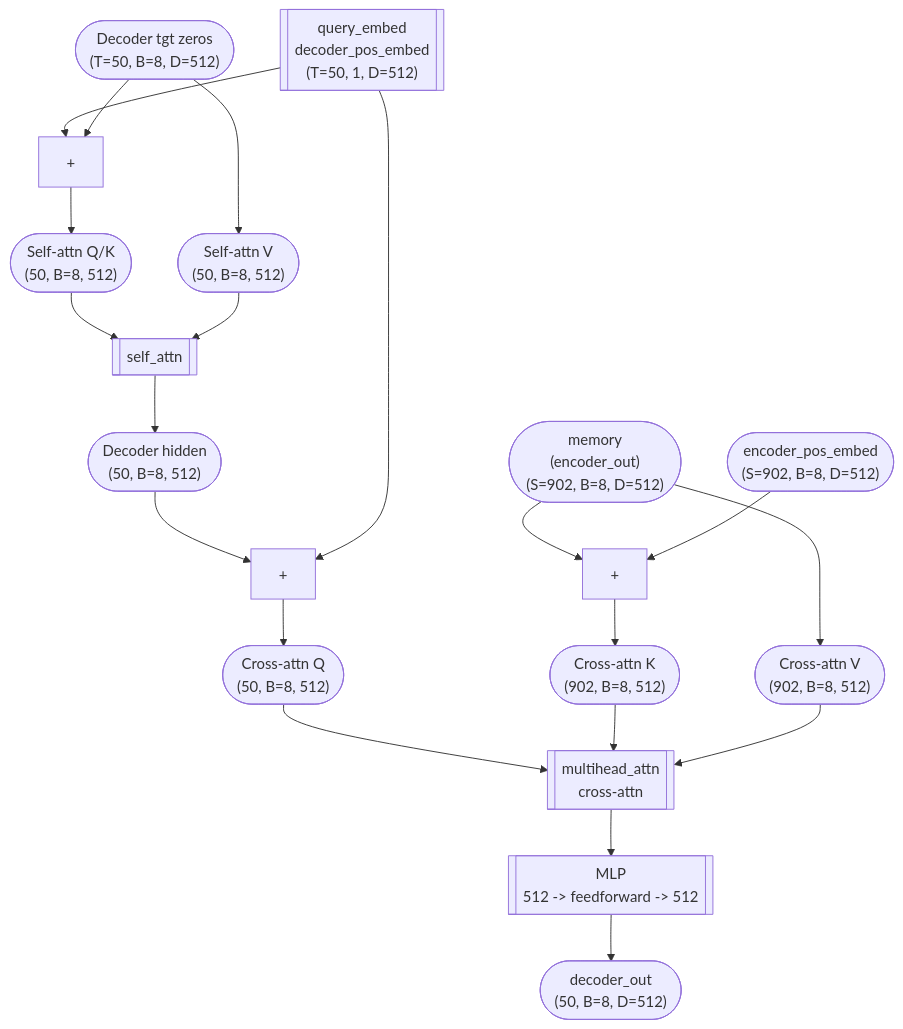
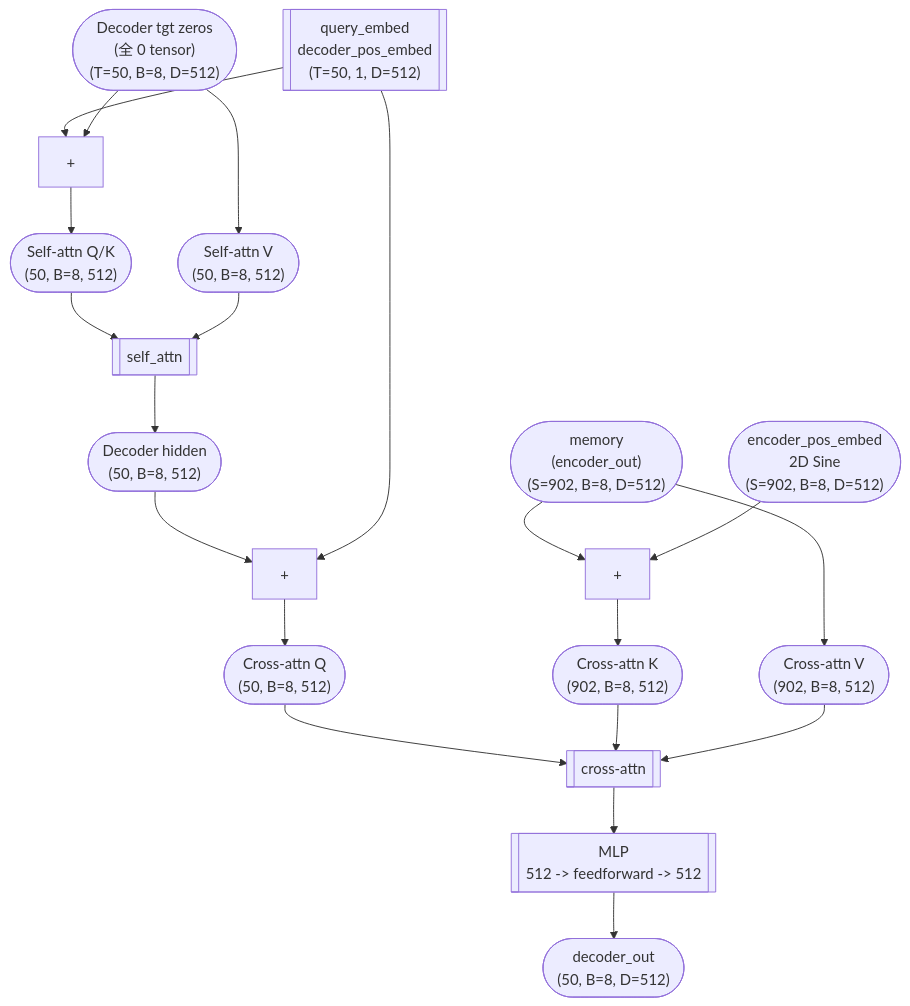
The third of 3 diagrams in 25/01/act.md (julyfun/how-to), drawn with Mermaid before and after one commit. The commit also changed other lines of this file, not shown here.

Commit message:
M 25/01/act.md

````diff
--- a/25/01/act.md
+++ b/25/01/act.md
@@ -132,26 +128,26 @@
 ```mermaid
 flowchart TD
-    tgt(["Decoder tgt zeros<br/>(T=50, B=8, D=512)"])
+    tgt(["Decoder tgt zeros<br>(全 0 tensor)<br>(T=50, B=8, D=512)"])
     query[["query_embed<br/>decoder_pos_embed<br/>(T=50, 1, D=512)"]] --> selfqk["+"]
     tgt --> selfqk
     selfqk --> selfq(["Self-attn Q/K<br/>(50, B=8, 512)"])
     tgt --> selfv(["Self-attn V<br/>(50, B=8, 512)"])
     selfq --> selfattn[["self_attn"]]
     selfv --> selfattn
     selfattn --> x1(["Decoder hidden<br/>(50, B=8, 512)"])
 
     x1 --> crossqadd["+"]
     query --> crossqadd
     crossqadd --> crossq(["Cross-attn Q<br/>(50, B=8, 512)"])
 
     mem(["memory<br/>(encoder_out)<br/>(S=902, B=8, D=512)"]) --> crosskadd["+"]
-    pos(["encoder_pos_embed<br/>(S=902, B=8, D=512)"]) --> crosskadd
+    pos(["encoder_pos_embed<br>2D Sine<br>(S=902, B=8, D=512)"]) --> crosskadd
     crosskadd --> crossk(["Cross-attn K<br/>(902, B=8, 512)"])
     mem --> crossv(["Cross-attn V<br/>(902, B=8, 512)"])
 
-    crossq --> crossattn[["multihead_attn<br/>cross-attn"]]
+    crossq --> crossattn[["cross-attn"]]
     crossk --> crossattn
     crossv --> crossattn
     crossattn --> ff[["MLP<br/>512 -> feedforward -> 512"]]
     ff --> out(["decoder_out<br/>(50, B=8, D=512)"])
 ```
````
